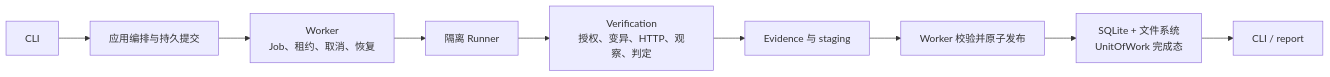
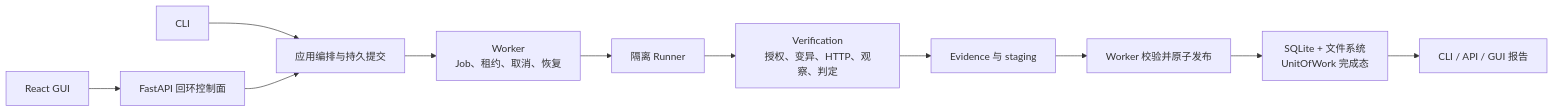
One commit to chunzhong06/jiejian changed the diagram in docs/架构说明.md. Above: the diagram before and after it, drawn with Mermaid. The commit also changed other lines of this file and 40 other files, not shown here.

Commit message:
实现阶段 4 API 控制面与 Web GUI

````diff
--- a/docs/架构说明.md
+++ b/docs/架构说明.md
@@ -7,11 +7,13 @@
 ```mermaid
 flowchart LR
     CLI["CLI"] --> Submit["应用编排与持久提交"]
+    GUI["React GUI"] --> API["FastAPI 回环控制面"]
+    API --> Submit
     Submit --> Worker["Worker<br/>Job、租约、取消、恢复"]
     Worker --> Runner["隔离 Runner"]
     Runner --> Verify["Verification<br/>授权、变异、HTTP、观察、判定"]
     Verify --> Evidence["Evidence 与 staging"]
     Evidence --> Publish["Worker 校验并原子发布"]
     Publish --> Store["SQLite + 文件系统<br/>UnitOfWork 完成态"]
-    Store --> Output["CLI / report"]
+    Store --> Output["CLI / API / GUI 报告"]
 ```
````
